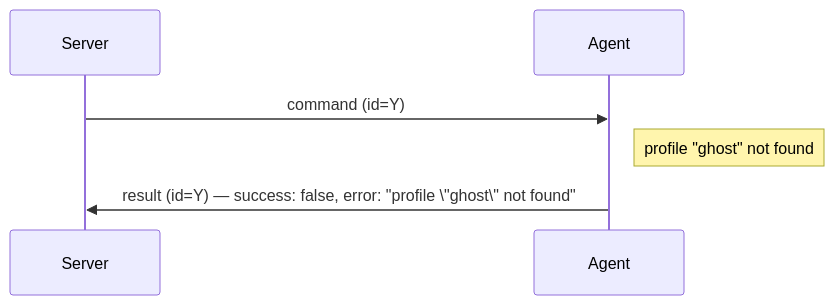
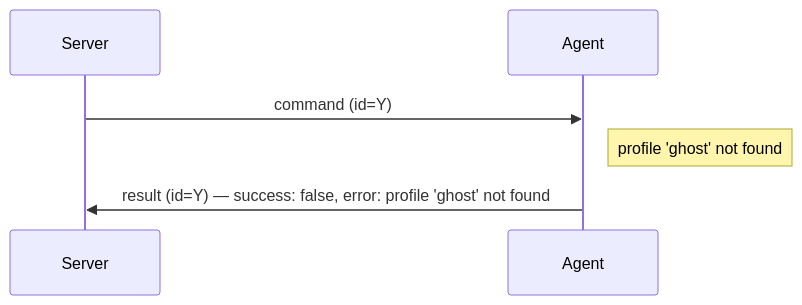
The fourth of 6 diagrams in docs/agent-protocol.md (smitt14ua/zeus), drawn with Mermaid before and after one commit. The commit also changed other lines of this file, not shown here.

First line of the commit message:
docs: fix invalid chars in Mermaid diagrams

````diff
--- a/docs/agent-protocol.md
+++ b/docs/agent-protocol.md
@@ -527,9 +527,9 @@
 ```mermaid
 sequenceDiagram
     participant S as Server
     participant A as Agent
 
     S->>A: command (id=Y)
-    Note right of A: profile "ghost" not found
-    A->>S: result (id=Y) — success: false, error: "profile \"ghost\" not found"
+    Note right of A: profile 'ghost' not found
+    A->>S: result (id=Y) — success: false, error: profile 'ghost' not found
 ```
````
